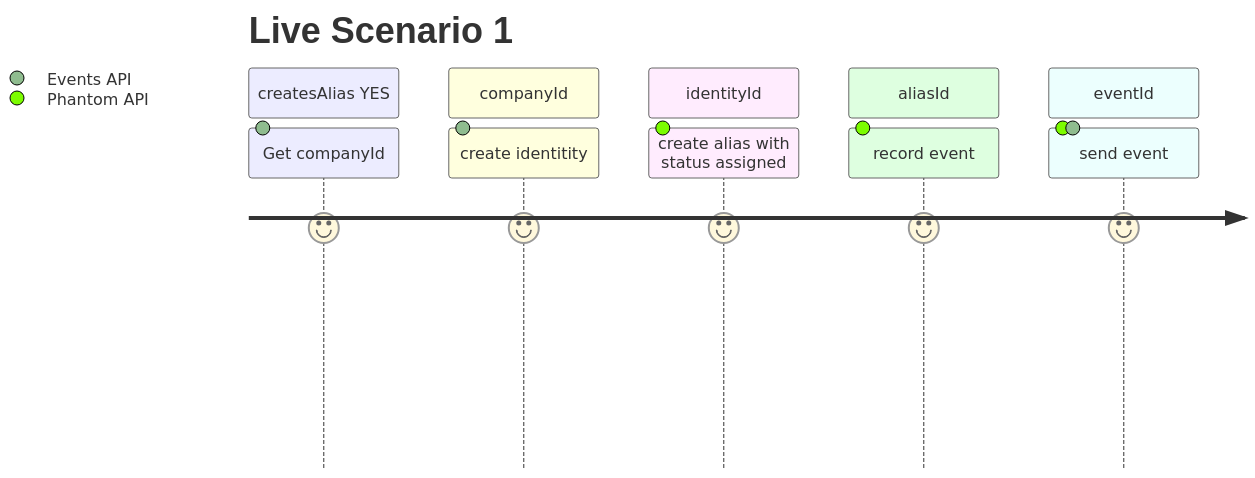
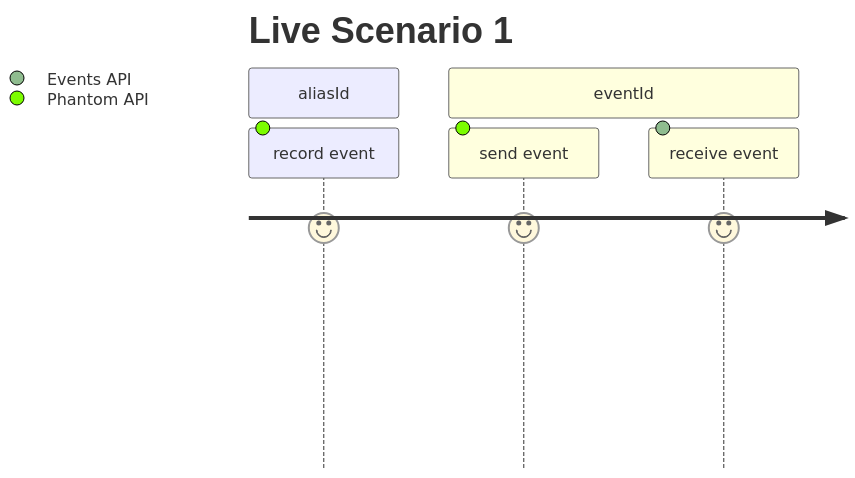
The second of 5 diagrams in README.md (progressive-identity/alias-sdk), drawn with Mermaid before and after one commit. The commit also changed other lines of this file and 1 other file, not shown here.

Commit message:
docs: update graph

````diff
--- a/README.md
+++ b/README.md
@@ -30,14 +30,10 @@
 ```mermaid
   journey
     title Live Scenario 1
-    section createsAlias YES
-      Get companyId: 8: Events API
-    section companyId
-      create identitity: 8: Events API
-    section identityId
-      create alias with status assigned: 8: Phantom API
     section aliasId
       record event: 8: Phantom API
     section eventId
-      send event: 8: Phantom API, Events API
+      send event: 8: Phantom API
+    section eventId
+      receive event: 8: Events API
 ```
````
